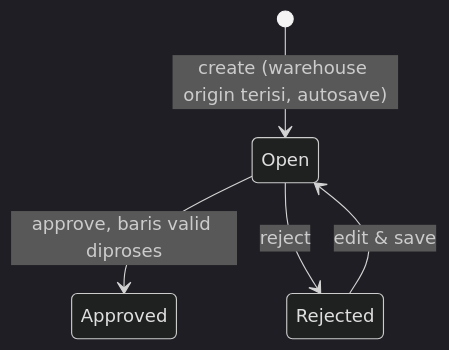
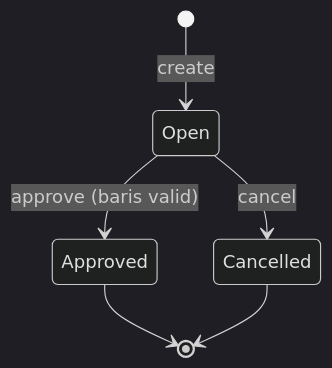
The second of 2 diagrams in qa-docs/accounting-stock-remapping/requirement.md (yendyr/olshoperp-docs), drawn with Mermaid (dark theme) before and after one commit. The commit also changed other lines of this file and 123 other files, not shown here.

````diff
--- a/qa-docs/accounting-stock-remapping/requirement.md
+++ b/qa-docs/accounting-stock-remapping/requirement.md
@@ -97,7 +102,8 @@
 ```mermaid
 stateDiagram-v2
-    [*] --> Open: create (warehouse origin terisi, autosave)
-    Open --> Approved: approve, baris valid diproses
-    Open --> Rejected: reject
-    Rejected --> Open: edit & save
+    [*] --> Open: create
+    Open --> Approved: approve (baris valid)
+    Open --> Cancelled: cancel
+    Approved --> [*]
+    Cancelled --> [*]
 ```
````
